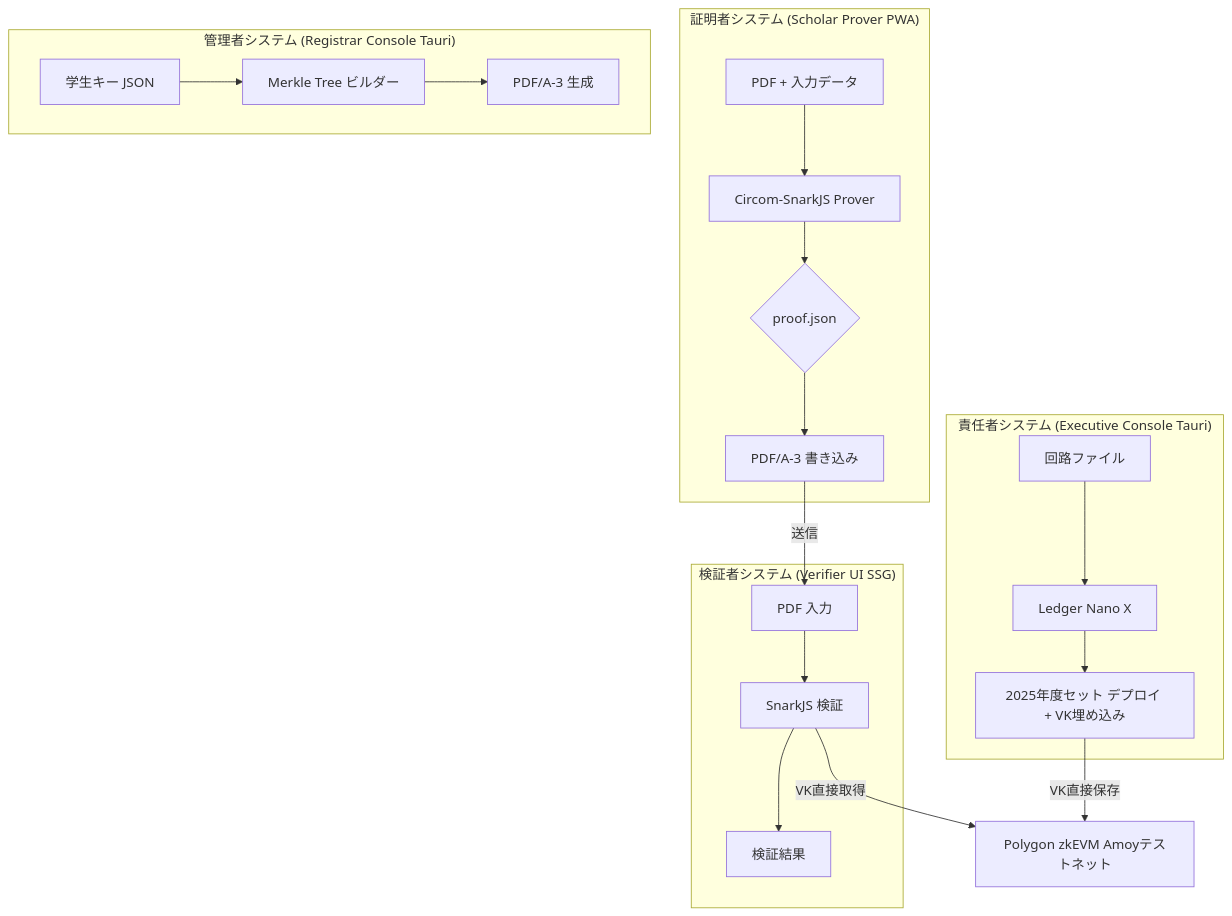
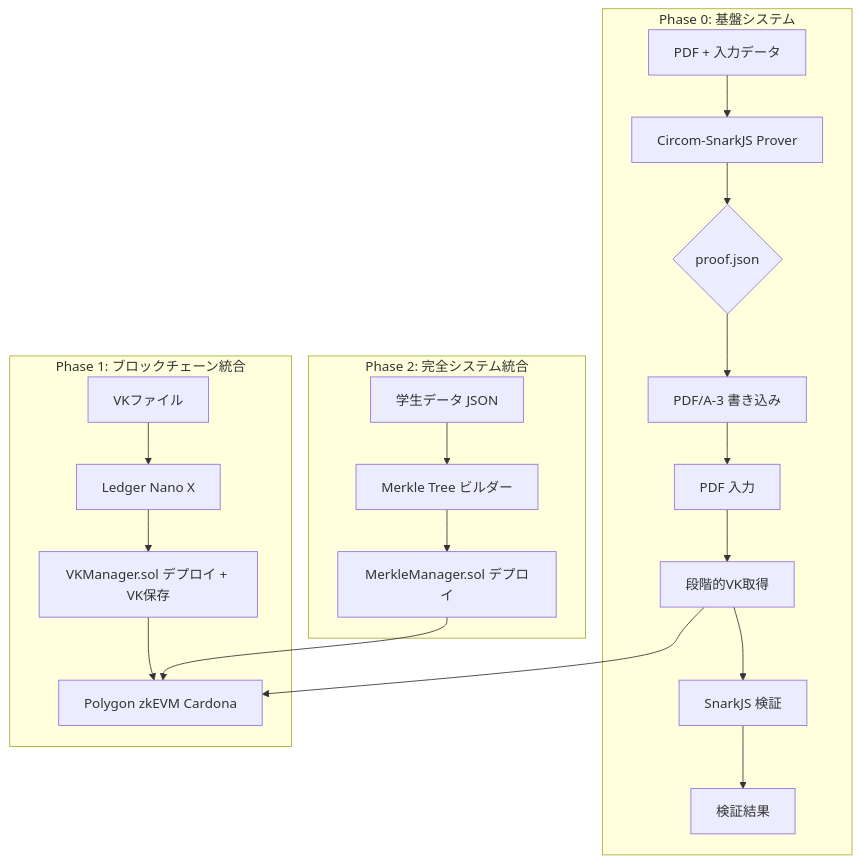
Before and after one commit to Blank-Vulture/Tri-CertFramework: the diagram in prototype-docs/FSD_Prototype.md, drawn with Mermaid. The commit also changed other lines of this file and 46 other files, not shown here.

````diff
--- a/prototype-docs/FSD_Prototype.md
+++ b/prototype-docs/FSD_Prototype.md
@@ -9,23 +9,23 @@
 ```mermaid
 graph TD
-  subgraph "証明者システム (Scholar Prover PWA)"
+  subgraph "Phase 0: 基盤システム"
     A[PDF + 入力データ] --> B[Circom-SnarkJS Prover]
     B --> C{proof.json}
-    C --> D[PDF/A‑3 書き込み]
+    C --> D[PDF/A-3 書き込み]
+    D --> K[PDF 入力]
+    K --> L[段階的VK取得]
+    L --> M[SnarkJS 検証]
+    M --> N[検証結果]
   end
-  subgraph "責任者システム (Executive Console Tauri)"
-    E[回路ファイル] --> F[Ledger Nano X]
-    F --> G[2025年度セット デプロイ + VK埋め込み]
+  subgraph "Phase 1: ブロックチェーン統合"
+    E[VKファイル] --> F[Ledger Nano X]
+    F --> G[VKManager.sol デプロイ + VK保存]
+    G --> O[Polygon zkEVM Cardona]
+    L --> O
   end
-  subgraph "管理者システム (Registrar Console Tauri)"
-    H[学生キー JSON] --> I[Merkle Tree ビルダー]
-    I --> J[PDF/A-3 生成]
+  subgraph "Phase 2: 完全システム統合"
+    H[学生データ JSON] --> I[Merkle Tree ビルダー]
+    I --> J[MerkleManager.sol デプロイ]
+    J --> O
   end
-  subgraph "検証者システム (Verifier UI SSG)"
-    K[PDF 入力] --> L[SnarkJS 検証]
-    L --> M[検証結果]
-  end
-  D -->|送信| K
-  G -->|VK直接保存| N[Polygon zkEVM Amoyテストネット]
-  L -->|VK直接取得| N
 ```
````
